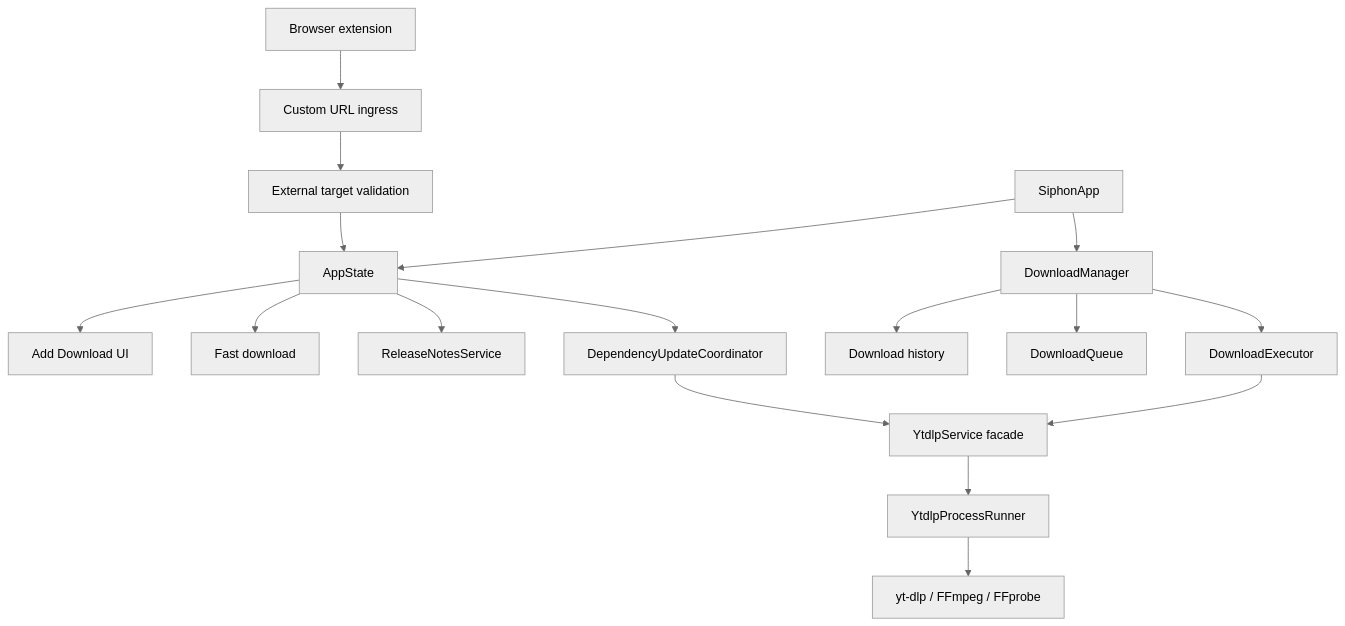
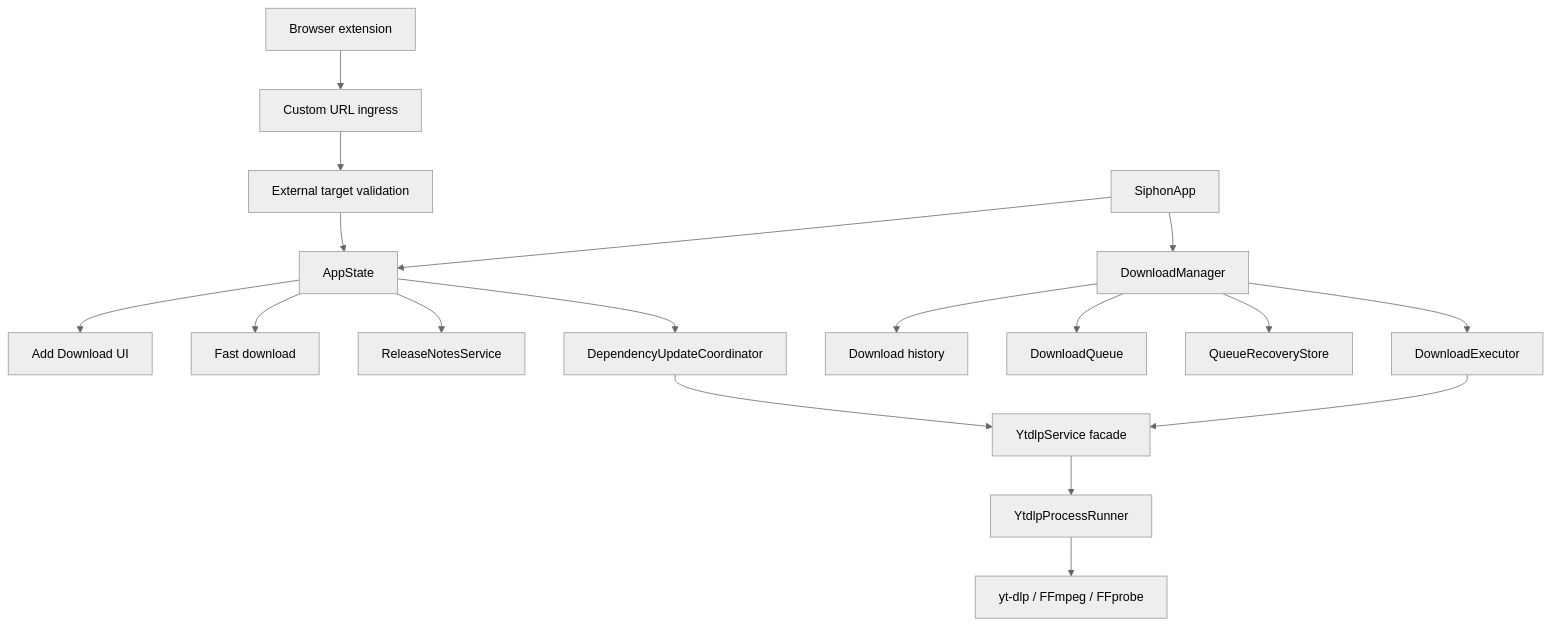
The diagram in ARCHITECTURE.md (marspater/jolly-hopper), drawn with Mermaid (neutral theme) before and after one commit. The commit also changed other lines of this file and 15 other files, not shown here.

````diff
--- a/ARCHITECTURE.md
+++ b/ARCHITECTURE.md
@@ -7,22 +7,23 @@
 ```mermaid
 flowchart TD
     Browser[Browser extension] --> URL[Custom URL ingress]
     URL --> Validation[External target validation]
     Validation --> AppState[AppState]
     AppState --> AddUI[Add Download UI]
     AppState --> Fast[Fast download]
 
     SiphonApp --> AppState
     SiphonApp --> DownloadManager
 
     DownloadManager --> History[Download history]
     DownloadManager --> Queue[DownloadQueue]
+    DownloadManager --> Recovery[QueueRecoveryStore]
     DownloadManager --> Executor[DownloadExecutor]
     Executor --> Ytdlp[YtdlpService facade]
     Ytdlp --> Runner[YtdlpProcessRunner]
     Runner --> Tools[yt-dlp / FFmpeg / FFprobe]
 
     AppState --> ReleaseNotes[ReleaseNotesService]
     AppState --> DependencyUpdates[DependencyUpdateCoordinator]
     DependencyUpdates --> Ytdlp
 ```
````
